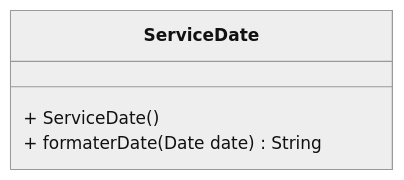
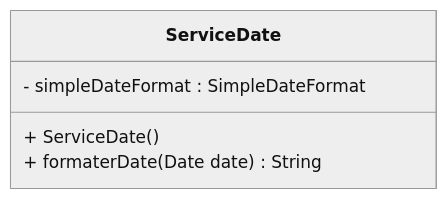
One commit to emf-info-320/320_E1_BrawlStar changed the third of 17 diagrams in README.md. Above: the diagram before and after it, drawn with Mermaid (neutral theme). The commit also changed other lines of this file and 40 other files, not shown here.

````diff
--- a/README.md
+++ b/README.md
@@ -168,11 +245,10 @@
 ```mermaid
 classDiagram
 
-
-
     class ServiceDate  {
+        - simpleDateFormat : SimpleDateFormat
         + ServiceDate()
         + formaterDate(Date date) String
     }
 
 ```
````
